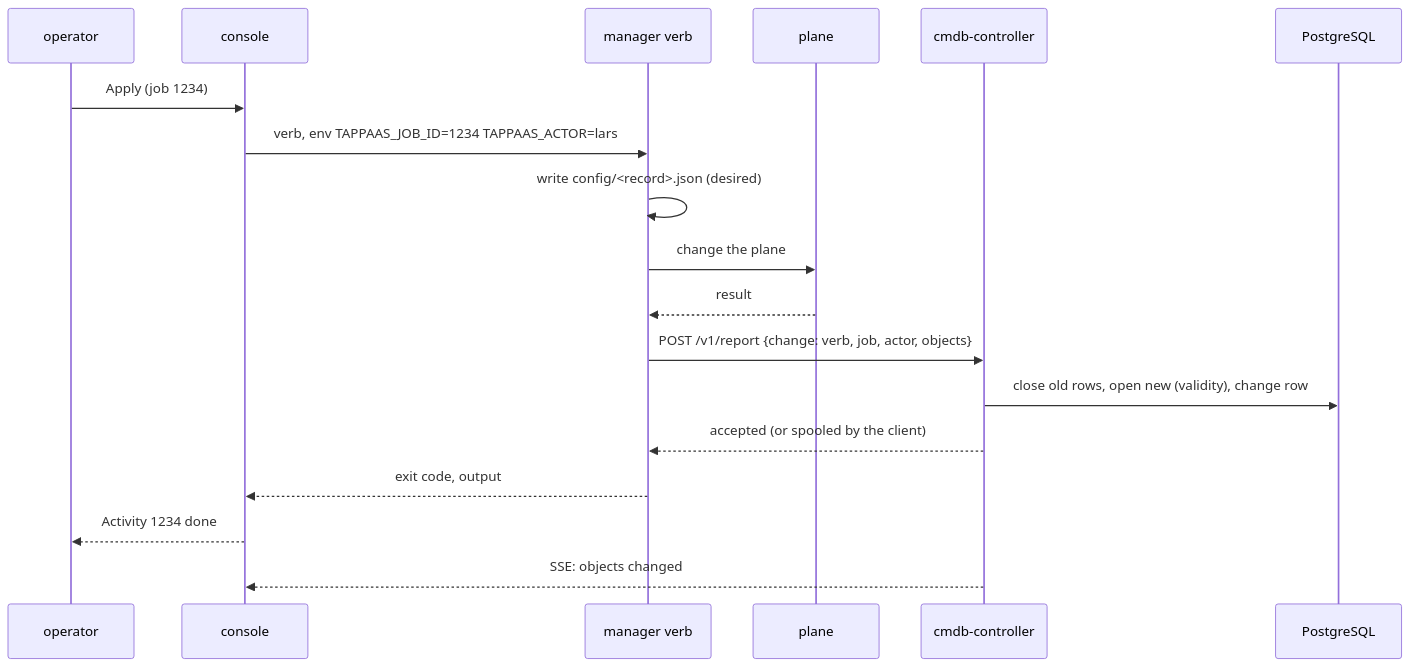
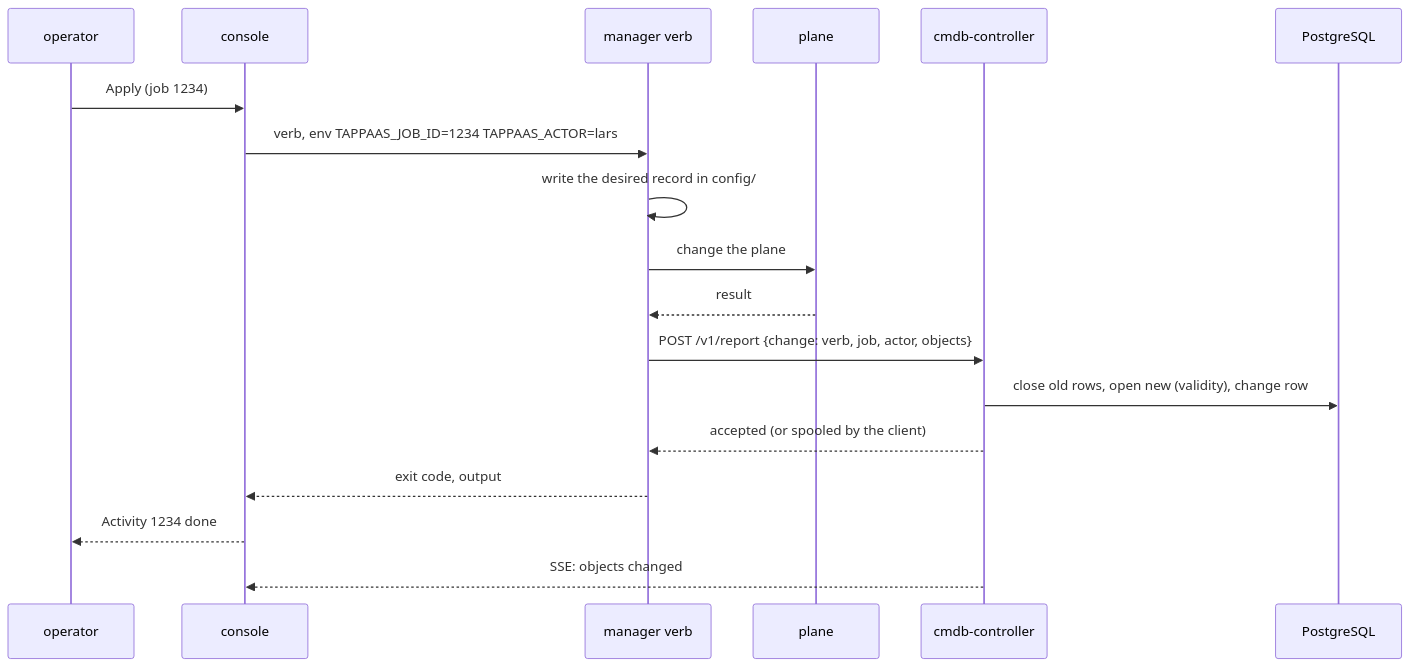
Before and after one commit to TAPPaaS/TAPPaaS: the second of 3 diagrams in src/foundation/tappaas-cicd/controller/cmdb-controller/DESIGN.md, drawn with Mermaid. The commit also changed other lines of this file, not shown here.

First line of the commit message:
docs(cmdb): mermaid labels quoted so renderers parse them

````diff
--- a/src/foundation/tappaas-cicd/controller/cmdb-controller/DESIGN.md
+++ b/src/foundation/tappaas-cicd/controller/cmdb-controller/DESIGN.md
@@ -301,21 +301,21 @@
 ```mermaid
 sequenceDiagram
   participant U as operator
   participant C as console
   participant M as manager verb
   participant P as plane
   participant S as cmdb-controller
   participant D as PostgreSQL
 
   U->>C: Apply (job 1234)
   C->>M: verb, env TAPPAAS_JOB_ID=1234 TAPPAAS_ACTOR=lars
-  M->>M: write config/<record>.json (desired)
+  M->>M: write the desired record in config/
   M->>P: change the plane
   P-->>M: result
   M->>S: POST /v1/report {change: verb, job, actor, objects}
   S->>D: close old rows, open new (validity), change row
   S-->>M: accepted (or spooled by the client)
   M-->>C: exit code, output
   C-->>U: Activity 1234 done
   S-->>C: SSE: objects changed
 ```
````
